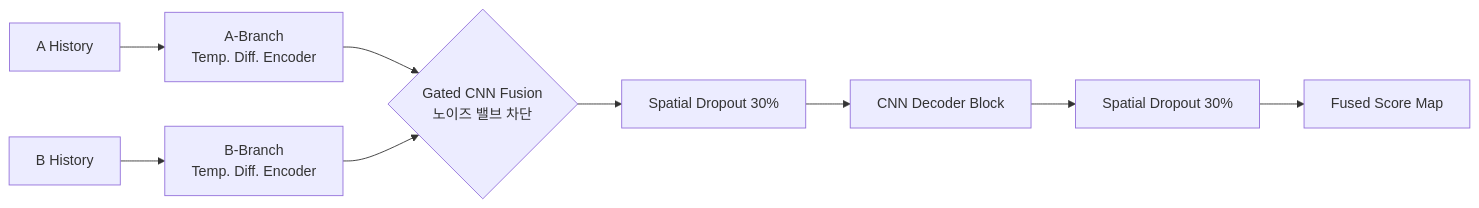
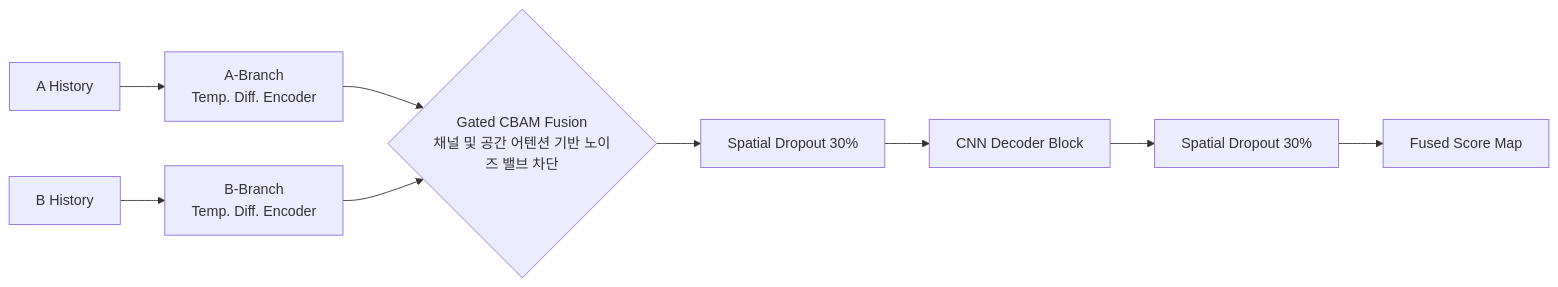
The fourth of 4 diagrams in docs/model_architectures.md (enqn03/enqn_03), drawn with Mermaid before and after one commit. The commit also changed other lines of this file and 1 other file, not shown here.

Commit message:
Docs: add streamlit run instructions to README and update CBAM in architecture diagram

````diff
--- a/docs/model_architectures.md
+++ b/docs/model_architectures.md
@@ -60,13 +60,13 @@
 ```mermaid
 graph LR
     A_IN[A History] --> A_ENC[A-Branch<br>Temp. Diff. Encoder]
     B_IN[B History] --> B_ENC[B-Branch<br>Temp. Diff. Encoder]
     
-    A_ENC --> GATED{Gated CNN Fusion<br>노이즈 밸브 차단}
+    A_ENC --> GATED{Gated CBAM Fusion<br>채널 및 공간 어텐션 기반 노이즈 밸브 차단}
     B_ENC --> GATED
     
     GATED --> DO1[Spatial Dropout 30%]
     DO1 --> DEC[CNN Decoder Block]
     DEC --> DO2[Spatial Dropout 30%]
     DO2 --> OUT[Fused Score Map]
 ```
````
